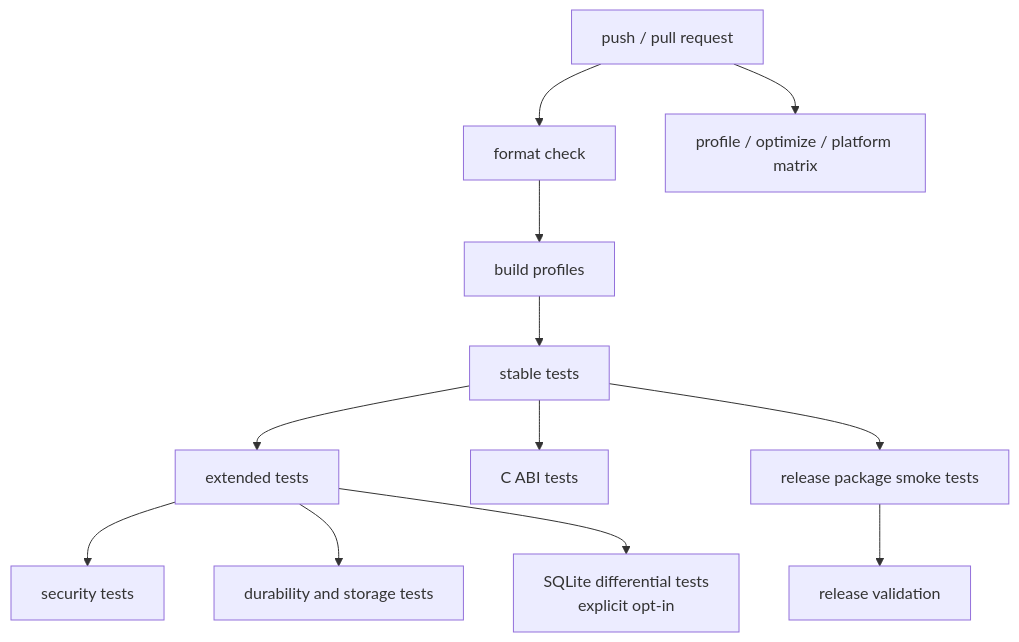
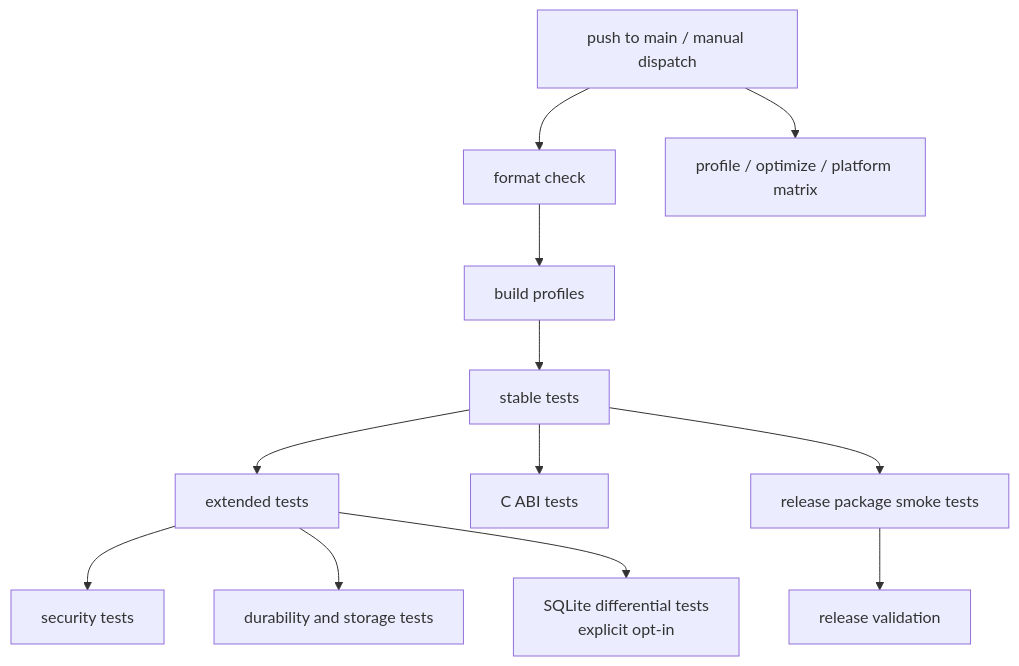
One commit to GhostKellz/zqlite changed the first of 2 diagrams in docs/project/ci-workflow.md. Above: the diagram before and after it, drawn with Mermaid. The commit also changed other lines of this file and 64 other files, not shown here.

````diff
--- a/docs/project/ci-workflow.md
+++ b/docs/project/ci-workflow.md
@@ -8,14 +8,14 @@
 ```mermaid
 flowchart TD
-    change["push / pull request"] --> fmt["format check"]
+    change["push to main / manual dispatch"] --> fmt["format check"]
     fmt --> build["build profiles"]
     build --> tests["stable tests"]
     tests --> extended["extended tests"]
     tests --> ffi["C ABI tests"]
     tests --> package["release package smoke tests"]
     extended --> security["security tests"]
     extended --> durability["durability and storage tests"]
     extended --> sqlite["SQLite differential tests<br/>explicit opt-in"]
     package --> release["release validation"]
     change --> matrix["profile / optimize / platform matrix"]
 ```
````
